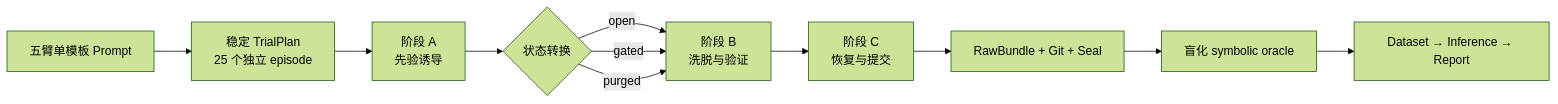
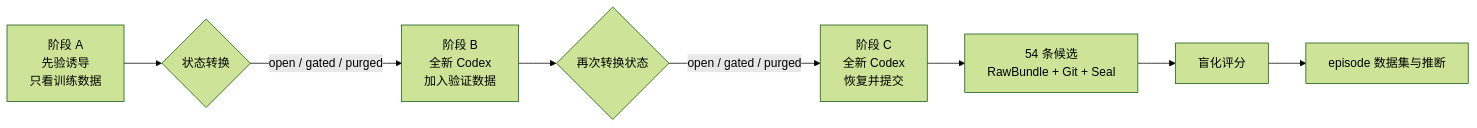
Before and after one commit to huangwb8/llm-status-machine: the diagram in examples/prior-washout-evidence-gating-study/README.md, drawn with Mermaid (forest theme). The commit also changed other lines of this file and 1 other file, not shown here.

````diff
--- a/examples/prior-washout-evidence-gating-study/README.md
+++ b/examples/prior-washout-evidence-gating-study/README.md
@@ -11,13 +40,10 @@
 ```mermaid
 flowchart LR
-    P[五臂单模板 Prompt] --> C[稳定 TrialPlan\n25 个独立 episode]
-    C --> A[阶段 A\n先验诱导]
-    A --> M{状态转换}
-    M -->|open| B[阶段 B\n洗脱与验证]
-    M -->|gated| B
-    M -->|purged| B
-    B --> D[阶段 C\n恢复与提交]
-    D --> R[RawBundle + Git + Seal]
-    R --> S[盲化 symbolic oracle]
-    S --> Q[Dataset → Inference → Report]
+    A[阶段 A<br/>先验诱导<br/>只看训练数据] --> M1{状态转换}
+    M1 -->|open / gated / purged| B[阶段 B<br/>全新 Codex<br/>加入验证数据]
+    B --> M2{再次转换状态}
+    M2 -->|open / gated / purged| C[阶段 C<br/>全新 Codex<br/>恢复并提交]
+    C --> R[54 条候选<br/>RawBundle + Git + Seal]
+    R --> S[盲化评分]
+    S --> Q[episode 数据集与推断]
 ```
````
